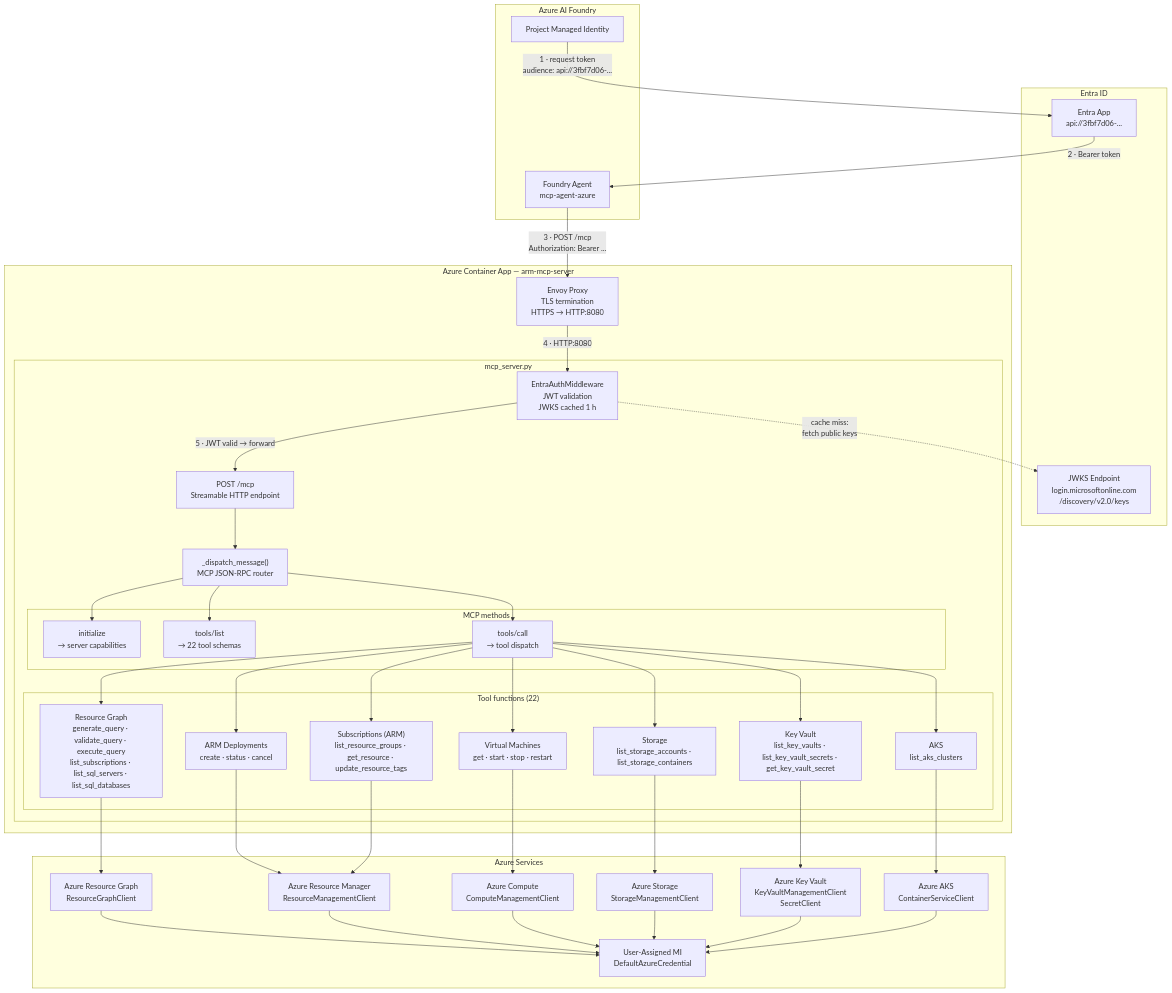
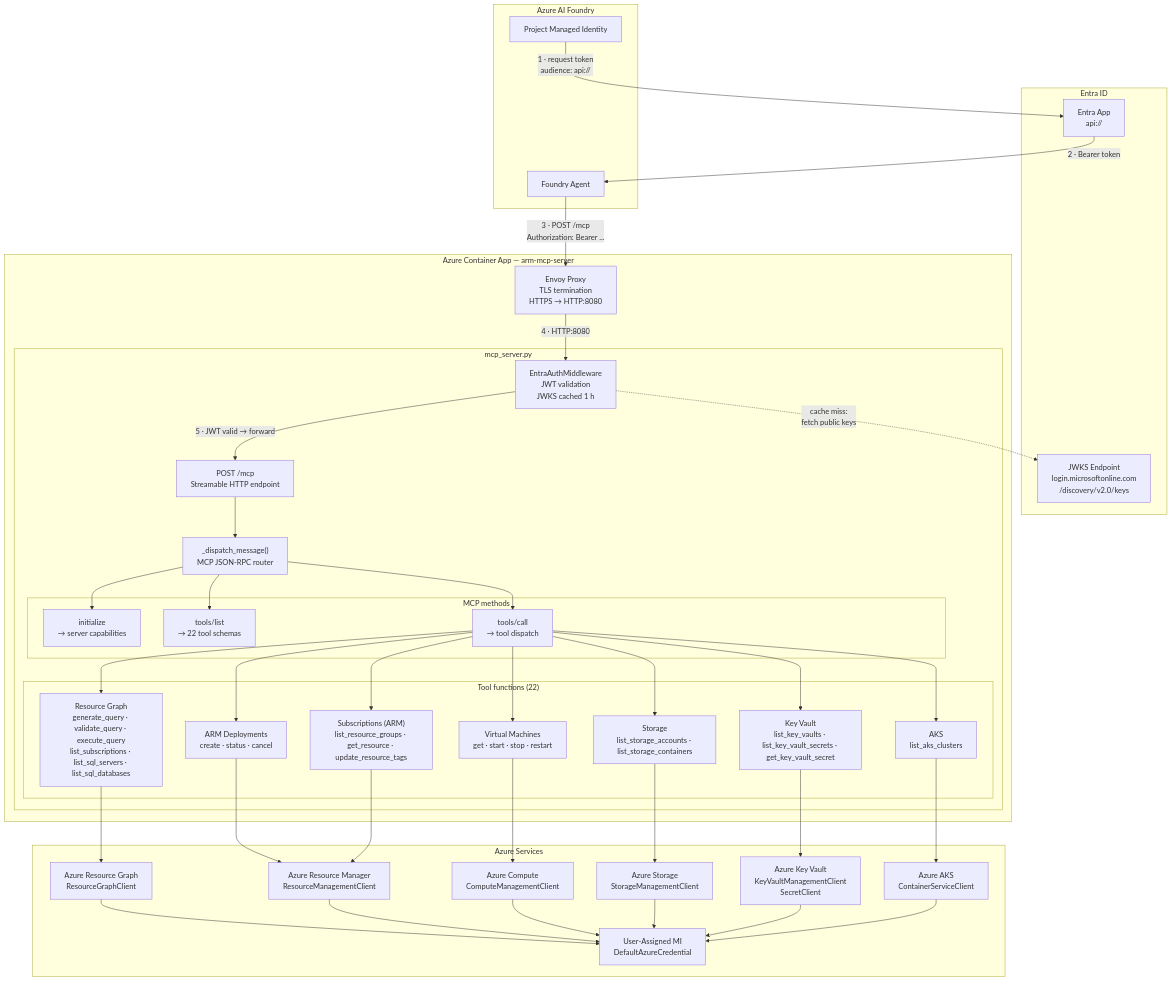
Before and after one commit to sivahari1983/Azure-Resource-Manager-MCP-Server: the diagram in README.md, drawn with Mermaid. The commit also changed other lines of this file and 7 other files, not shown here.

````diff
--- a/README.md
+++ b/README.md
@@ -11,79 +11,79 @@
 ```mermaid
 flowchart TB
     subgraph Foundry["Azure AI Foundry"]
-        Agent["Foundry Agent\nmcp-agent-azure"]
+        Agent["Foundry Agent\n<your-agent-name>"]
         ProjectMI["Project Managed Identity"]
     end
 
     subgraph EntraID["Entra ID"]
-        EntraApp["Entra App\napi://3fbf7d06-..."]
+        EntraApp["Entra App\napi://<YOUR_ENTRA_APP_CLIENT_ID>"]
         JWKS["JWKS Endpoint\nlogin.microsoftonline.com\n/discovery/v2.0/keys"]
     end
 
     subgraph ACA["Azure Container App — arm-mcp-server"]
         Envoy["Envoy Proxy\nTLS termination\nHTTPS → HTTP:8080"]
 
         subgraph PythonServer["mcp_server.py"]
             Middleware["EntraAuthMiddleware\nJWT validation\nJWKS cached 1 h"]
             Route["POST /mcp\nStreamable HTTP endpoint"]
             Dispatch["_dispatch_message()\nMCP JSON-RPC router"]
 
             subgraph MCPMethods["MCP methods"]
                 M1["initialize\n→ server capabilities"]
                 M2["tools/list\n→ 22 tool schemas"]
                 M3["tools/call\n→ tool dispatch"]
             end
 
             subgraph ToolFns["Tool functions (22)"]
                 F1["Resource Graph\ngenerate_query · validate_query · execute_query\nlist_subscriptions · list_sql_servers · list_sql_databases"]
                 F2["ARM Deployments\ncreate · status · cancel"]
                 F3["Subscriptions (ARM)\nlist_resource_groups · get_resource · update_resource_tags"]
                 F4["Virtual Machines\nget · start · stop · restart"]
                 F5["Storage\nlist_storage_accounts · list_storage_containers"]
                 F6["Key Vault\nlist_key_vaults · list_key_vault_secrets · get_key_vault_secret"]
                 F7["AKS\nlist_aks_clusters"]
             end
         end
     end
 
     subgraph AzureServices["Azure Services"]
         MI_Cred["User-Assigned MI\nDefaultAzureCredential"]
         ARG["Azure Resource Graph\nResourceGraphClient"]
         ARM["Azure Resource Manager\nResourceManagementClient"]
         Compute["Azure Compute\nComputeManagementClient"]
         Storage["Azure Storage\nStorageManagementClient"]
         KV["Azure Key Vault\nKeyVaultManagementClient\nSecretClient"]
         AKS["Azure AKS\nContainerServiceClient"]
     end
 
-    ProjectMI -- "1 · request token\naudience: api://3fbf7d06-..." --> EntraApp
+    ProjectMI -- "1 · request token\naudience: api://<YOUR_ENTRA_APP_CLIENT_ID>" --> EntraApp
     EntraApp -- "2 · Bearer token" --> Agent
     Agent -- "3 · POST /mcp\nAuthorization: Bearer ..." --> Envoy
     Envoy -- "4 · HTTP:8080" --> Middleware
     Middleware -. "cache miss:\nfetch public keys" .-> JWKS
     Middleware -- "5 · JWT valid → forward" --> Route
     Route --> Dispatch
     Dispatch --> M1
     Dispatch --> M2
     Dispatch --> M3
     M3 --> F1
     M3 --> F2
     M3 --> F3
     M3 --> F4
     M3 --> F5
     M3 --> F6
     M3 --> F7
     F1 --> ARG
     F2 --> ARM
     F3 --> ARM
     F4 --> Compute
     F5 --> Storage
     F6 --> KV
     F7 --> AKS
     ARG --> MI_Cred
     ARM --> MI_Cred
     Compute --> MI_Cred
     Storage --> MI_Cred
     KV --> MI_Cred
     AKS --> MI_Cred
 ```
````
